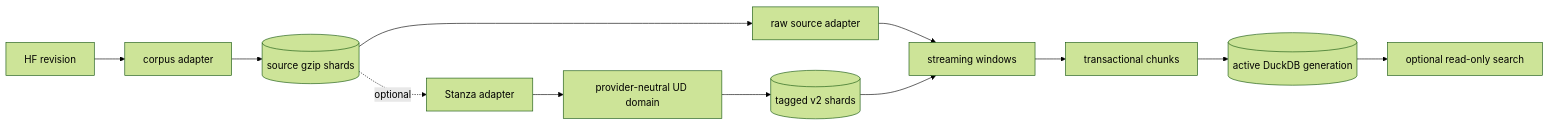
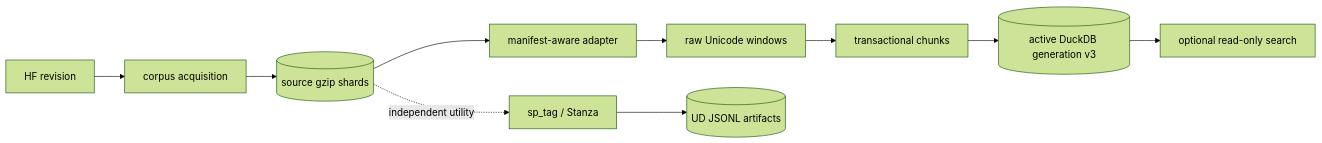
One commit to CristoJV/semordnilap changed the first of 2 diagrams in docs/technical/README.md. Above: the diagram before and after it, drawn with Mermaid (forest theme). The commit also changed other lines of this file and 30 other files, not shown here.

````diff
--- a/docs/technical/README.md
+++ b/docs/technical/README.md
@@ -7,14 +7,13 @@
 ```mermaid
 flowchart LR
-    HF[HF revision] --> CA[corpus adapter]
+    HF[HF revision] --> CA[corpus acquisition]
     CA --> CS[(source gzip shards)]
-    CS --> RA[raw source adapter]
-    CS -. optional .-> ST[Stanza adapter]
-    ST --> UD[provider-neutral UD domain]
-    UD --> TS[(tagged v2 shards)]
-    RA --> EX[streaming windows]
-    TS --> EX[streaming windows]
+    CS --> RA[manifest-aware adapter]
+    RA --> EX[raw Unicode windows]
     EX --> TX[transactional chunks]
-    TX --> FG[(active DuckDB generation)]
+    TX --> FG[(active DuckDB generation v3)]
     FG --> SE[optional read-only search]
+
+    CS -. independent utility .-> ST[sp_tag / Stanza]
+    ST --> UD[(UD JSONL artifacts)]
 ```
````
